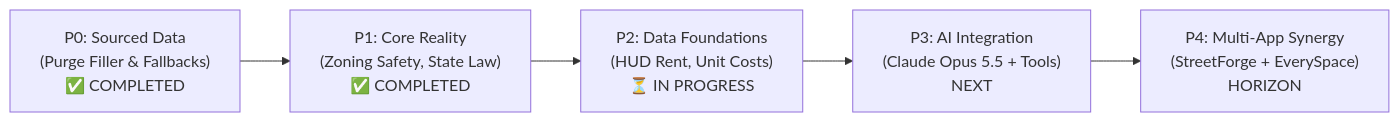
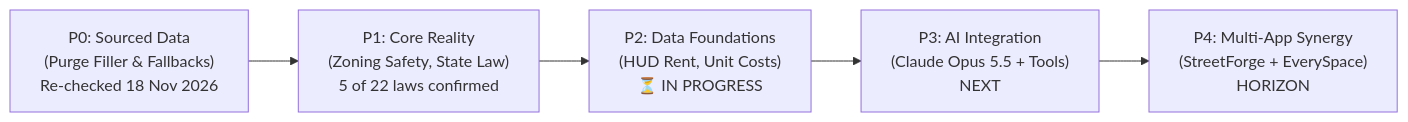
One commit to milessilverman/city-pretty changed the second of 2 diagrams in docs/GRAND-VISION-AND-ECOSYSTEM.md. Above: the diagram before and after it, drawn with Mermaid. The commit also changed 7 other files, not shown here.

First line of the commit message:
Make the page follow the checked data; correct the README and audit document

````diff
--- a/docs/GRAND-VISION-AND-ECOSYSTEM.md
+++ b/docs/GRAND-VISION-AND-ECOSYSTEM.md
@@ -114,10 +114,10 @@
 ```mermaid
 flowchart LR
-    P0["P0: Sourced Data\n(Purge Filler & Fallbacks)\n✅ COMPLETED"]
-    P1["P1: Core Reality\n(Zoning Safety, State Law)\n✅ COMPLETED"]
+    P0["P0: Sourced Data\n(Purge Filler & Fallbacks)\nRe-checked 18 Nov 2026"]
+    P1["P1: Core Reality\n(Zoning Safety, State Law)\n5 of 22 laws confirmed"]
     P2["P2: Data Foundations\n(HUD Rent, Unit Costs)\n⏳ IN PROGRESS"]
     P3["P3: AI Integration\n(Claude Opus 5.5 + Tools)\nNEXT"]
     P4["P4: Multi-App Synergy\n(StreetForge + EverySpace)\nHORIZON"]
     
     P0 --> P1 --> P2 --> P3 --> P4
 ```
````
